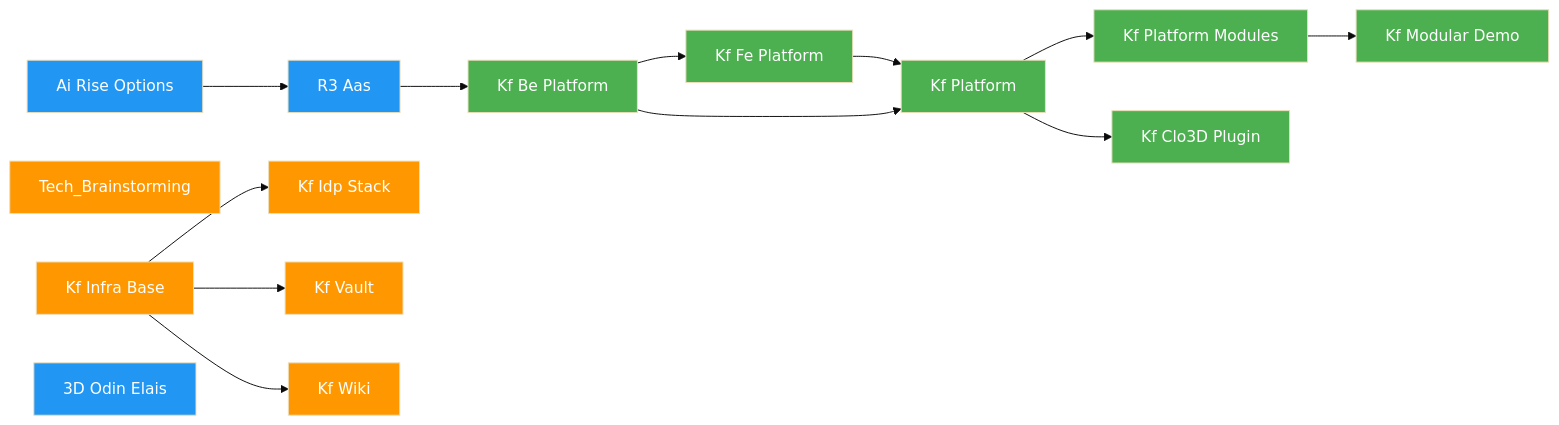
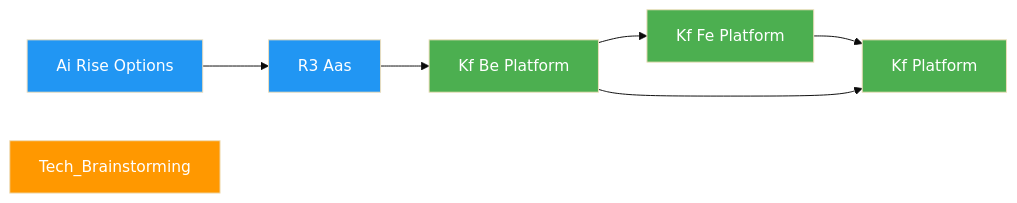
Before and after one commit to Katty-Fashion/kf-cpto: the diagram in docs/dependency-graph.md, drawn with Mermaid (base theme). The commit also changed other lines of this file and 17 other files, not shown here.

````diff
--- a/docs/dependency-graph.md
+++ b/docs/dependency-graph.md
@@ -10,32 +10,18 @@
 ```mermaid
 graph LR
     R3_AAS["R3 Aas"]:::eu
     ai_rise_options["Ai Rise Options"]:::eu
     kf_be_platform["Kf Be Platform"]:::saas
     kf_fe_platform["Kf Fe Platform"]:::saas
     kf_platform["Kf Platform"]:::saas
     tech_brainstorming["Tech_Brainstorming"]:::internal
-    kf_infra_base["Kf Infra Base"]:::internal
-    kf_idp_stack["Kf Idp Stack"]:::internal
-    kf_vault["Kf Vault"]:::internal
-    kf_wiki["Kf Wiki"]:::internal
-    kf_platform_modules["Kf Platform Modules"]:::saas
-    kf_modular_demo["Kf Modular Demo"]:::saas
-    kf_clo3d_plugin["Kf Clo3D Plugin"]:::saas
-    n_3D_ODIN_ELAIS["3D Odin Elais"]:::eu
     ai_rise_options --> R3_AAS
     R3_AAS --> kf_be_platform
     kf_be_platform --> kf_fe_platform
     kf_fe_platform --> kf_platform
     kf_be_platform --> kf_platform
-    kf_infra_base --> kf_idp_stack
-    kf_infra_base --> kf_vault
-    kf_infra_base --> kf_wiki
-    kf_platform --> kf_platform_modules
-    kf_platform_modules --> kf_modular_demo
-    kf_platform --> kf_clo3d_plugin
 
     classDef saas fill:#4CAF50,color:#fff
     classDef eu fill:#2196F3,color:#fff
     classDef internal fill:#FF9800,color:#fff
 ```
````
